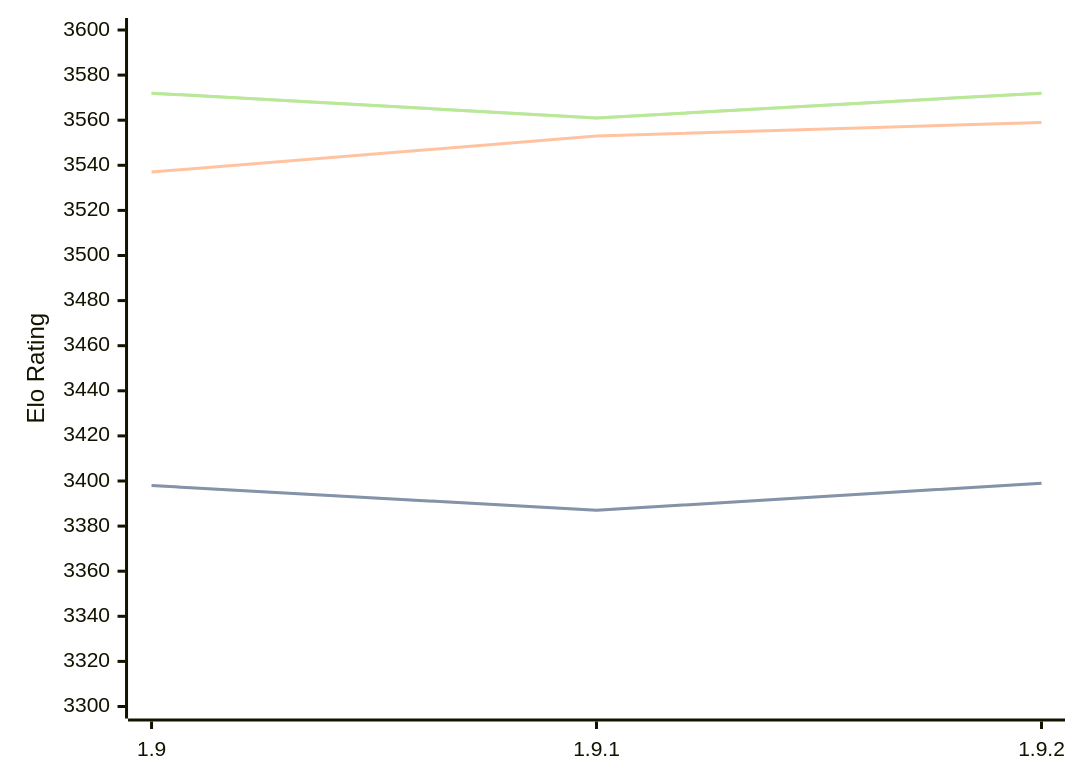
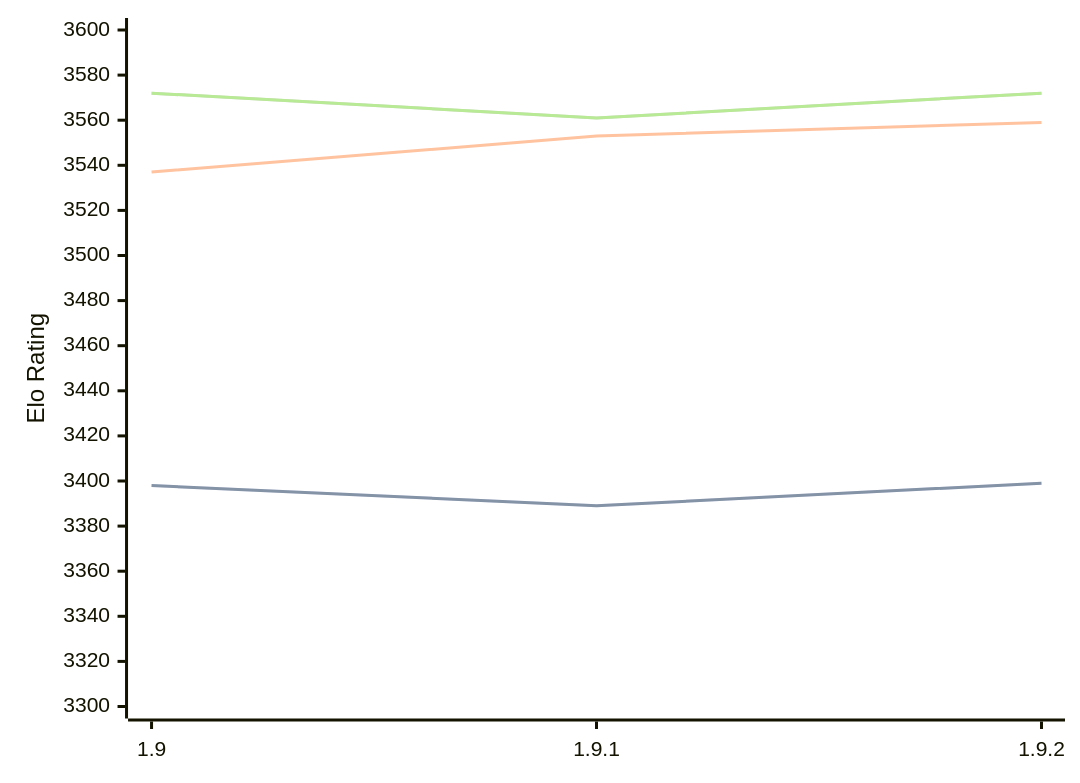
One commit to computer-chess-index/cci changed the diagram in engines/Pawnocchio.md. Above: the diagram before and after it, drawn with Mermaid. The commit also changed other lines of this file, not shown here.

````diff
--- a/engines/Pawnocchio.md
+++ b/engines/Pawnocchio.md
@@ -48,11 +48,11 @@
 ```mermaid
 %%{init: {"theme":"base","themeVariables":{"seriesColors:['#a3a3a3','#222221','#faa371']}}}%%
 xychart-beta
   x-axis ["1.9", "1.9.1", "1.9.2"]
   y-axis "Elo Rating" 3300 --> 3600
-  line "STC (8.0+0.08s)" [3398, 3387, 3399]
-  line "STC (8.0+0.08s)" [3398, 3387, 3399]
+  line "STC (8.0+0.08s)" [3398, 3389, 3399]
+  line "STC (8.0+0.08s)" [3398, 3389, 3399]
   line "LTC (60.0+0.60s)" [3537, 3553, 3559]
   line "VLTC (2m24s+1.12s)" [3572, 3561, 3572]
   line "VLTC (2m24s+1.12s)" [3572, 3561, 3572]
 ```
````
